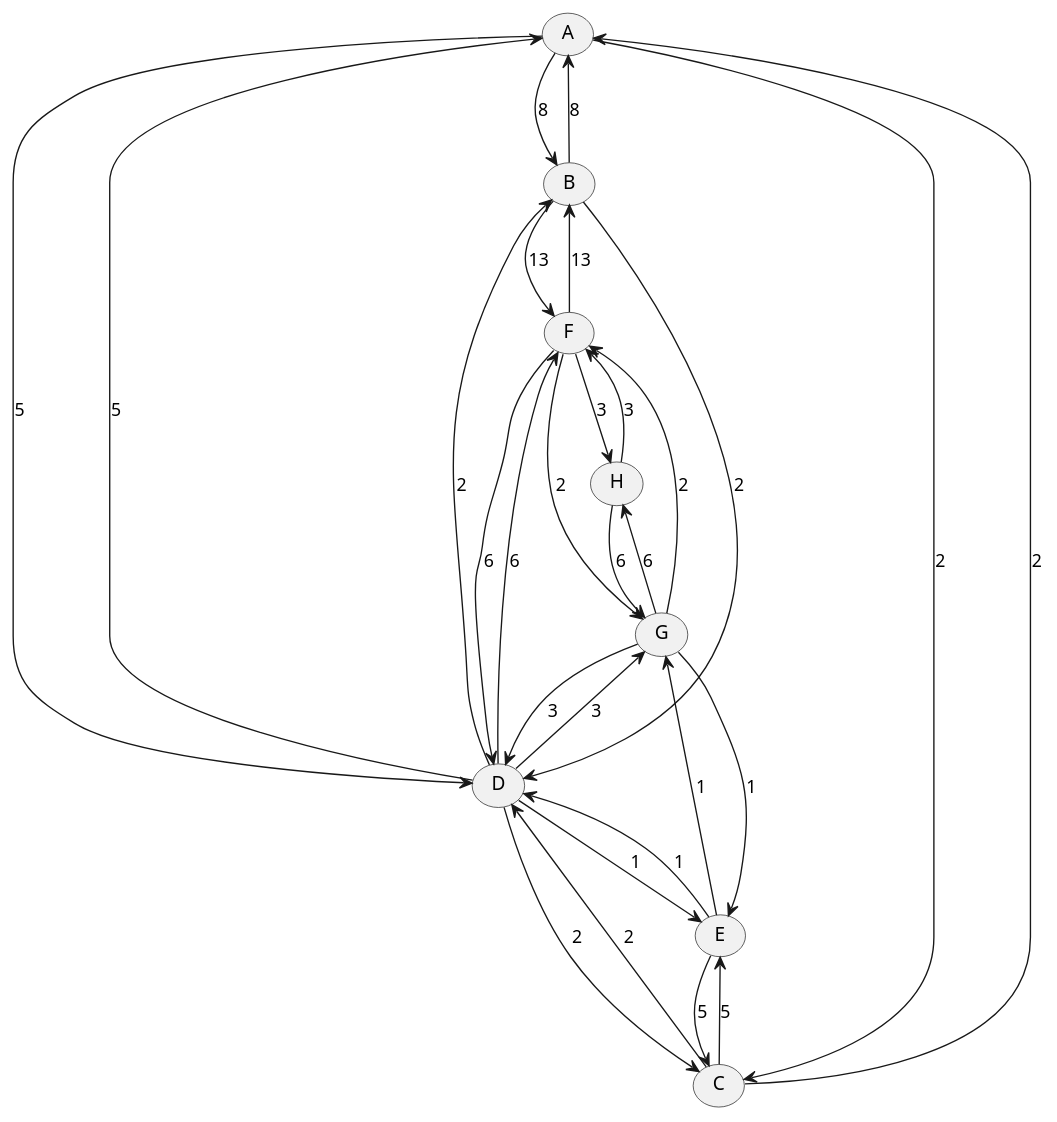
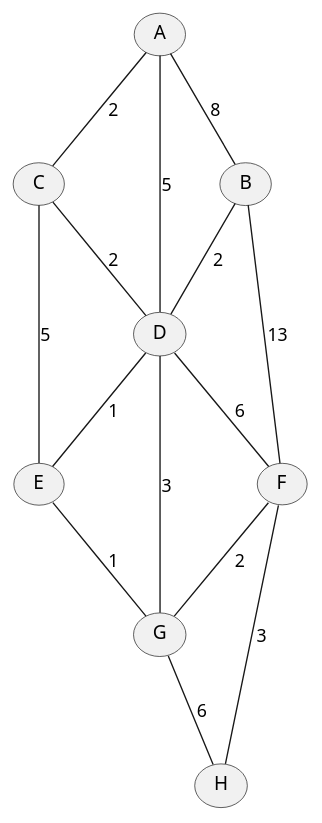
Before and after one commit to John-Zoscak-02/Dijkstras: the diagram in src/Maps/map2.puml, drawn with PlantUML. The commit also changed 5 other files, not shown here.

```diff
--- a/src/Maps/map2.puml
+++ b/src/Maps/map2.puml
@@ -1,46 +1,24 @@
 @startuml
 	(A)
 	(B)
 	(C)
 	(D)
 	(E)
 	(F)
 	(G)
 	(H)
-	A --> B : 8
-	A --> C : 2
-	A --> D : 5
-
-	B --> A : 8
-	B --> D : 2
-	B --> F : 13
-
-	C --> A : 2
-	C --> D : 2
-	C --> E : 5
-
-	D --> B : 2
-	D --> A : 5
-	D --> C : 2
-	D --> E : 1
-	D --> G : 3
-	D --> F : 6
-
-	E --> C : 5
-	E --> D : 1
-	E --> G : 1
-
-	F --> B : 13
-	F --> D : 6
-	F --> G : 2
-	F --> H : 3
-
-	G --> E : 1
-	G --> D : 3
-	G --> F : 2
-	G --> H : 6
-
-	H --> F : 3
-	H --> G : 6
-
+	D -- E : 1
+	E -- G : 1
+	A -- C : 2
+	B -- D : 2
+	C -- D : 2
+	F -- G : 2
+	D -- G : 3
+	F -- H : 3
+	A -- D : 5
+	C -- E : 5
+	D -- F : 6
+	G -- H : 6
+	A -- B : 8
+	B -- F : 13
 @enduml
```
